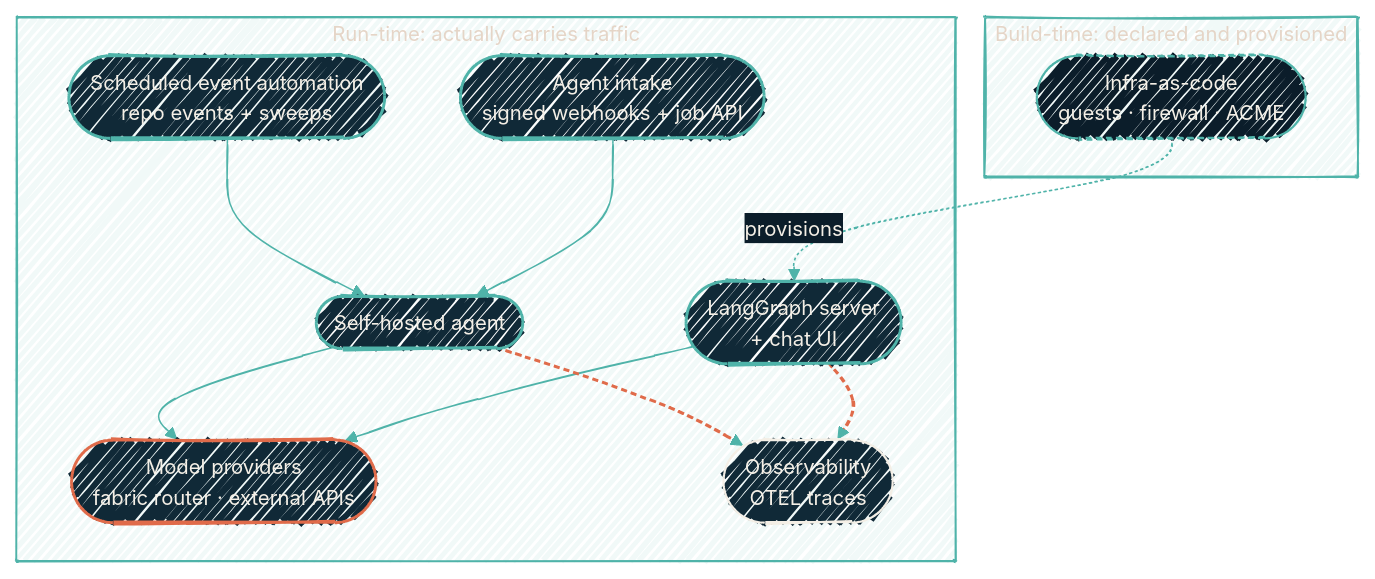
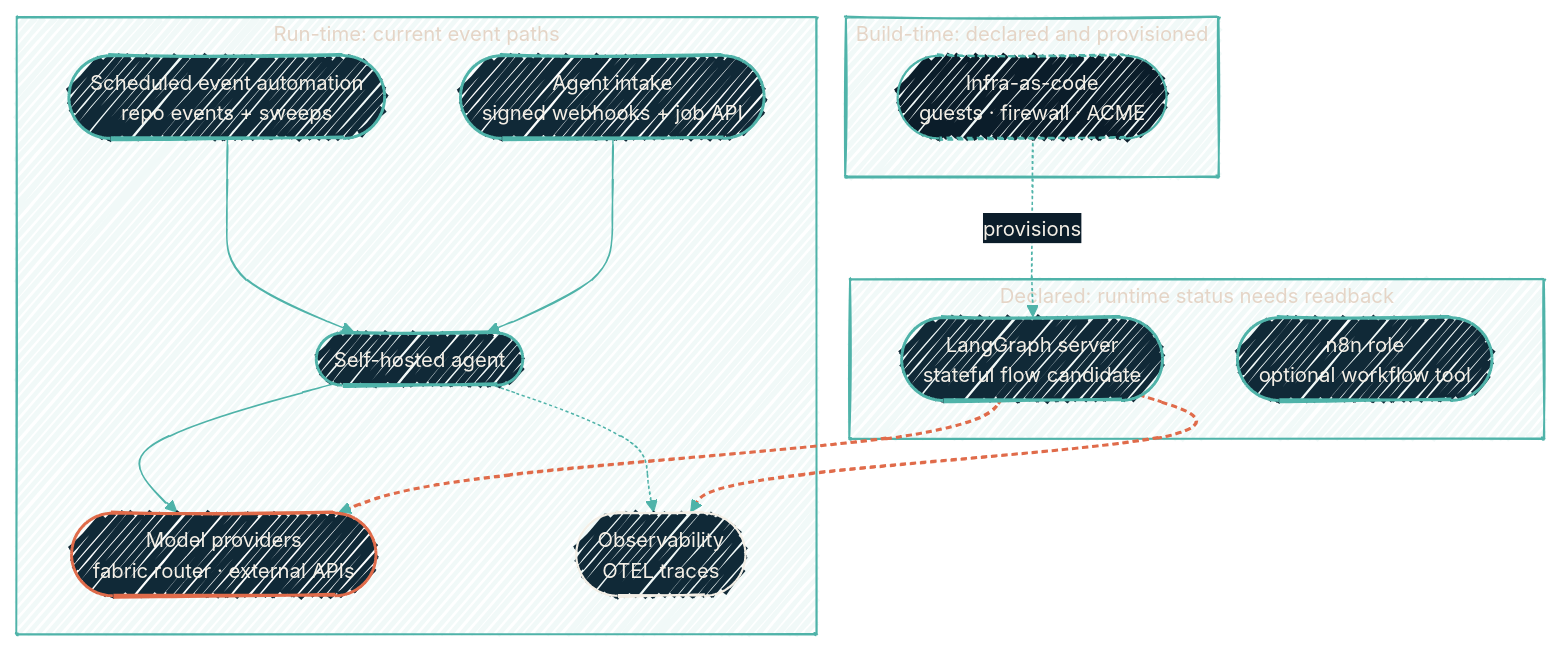
Before and after one commit to dryvist/docs: the diagram in ai-development/ai-orchestration-stack.mdx, drawn with Mermaid. The commit also changed other lines of this file and 100 other files, not shown here.

````diff
--- a/ai-development/ai-orchestration-stack.mdx
+++ b/ai-development/ai-orchestration-stack.mdx
@@ -39,37 +40,41 @@
 ```mermaid
 %%{init:
   {'theme':'base','look':'handDrawn','themeVariables':{'fontFamily':'Geist','fontSize':'14px','primaryColor':'#102937','primaryTextColor':'#F4EFE6','primaryBorderColor':'#4FB3A9','lineColor':'#4FB3A9','secondaryColor':'#0B1D2A','tertiaryColor':'#1A2A38','clusterBkg':'rgba(79,179,169,0.08)','clusterBorder':'#4FB3A9'}}}%%
   flowchart TB
   subgraph buildtime [Build-time: declared and provisioned]
   IAC([Infra-as-code<br/>guests · firewall · ACME])
   end
-  subgraph runtime [Run-time: actually carries traffic]
+  subgraph runtime [Run-time: current event paths]
   EVT([Scheduled event automation<br/>repo events + sweeps])
   INTAKE([Agent intake<br/>signed webhooks + job API])
   AGENT([Self-hosted agent])
-  LG([LangGraph server<br/>+ chat UI])
   MODELS([Model providers<br/>fabric router · external APIs])
   OBS([Observability<br/>OTEL traces])
+  end
+
+  subgraph declared [Declared: runtime status needs readback]
+  LG([LangGraph server<br/>stateful flow candidate])
+  N8N([n8n role<br/>optional workflow tool])
   end
 
   IAC -.provisions.-> LG
 
   EVT --> AGENT
   INTAKE --> AGENT
   AGENT --> MODELS
-  LG --> MODELS
   AGENT -.-> OBS
+  LG -.-> MODELS
   LG -.-> OBS
 
   classDef svc fill:#102937,stroke:#4FB3A9,stroke-width:2px,color:#F4EFE6;
   classDef core fill:#102937,stroke:#E06B4A,stroke-width:2px,color:#F4EFE6;
   classDef obs fill:#102937,stroke:#F4EFE6,stroke-width:1.5px,color:#F4EFE6;
   classDef build fill:#0B1D2A,stroke:#4FB3A9,stroke-width:1.5px,color:#F4EFE6,stroke-dasharray: 4 3;
 
-  class EVT,INTAKE,AGENT,LG svc
+  class EVT,INTAKE,AGENT,LG,N8N svc
   class MODELS core
   class OBS obs
   class IAC build
 
   linkStyle 5,6 stroke:#E06B4A,stroke-width:2px,stroke-dasharray:4 3;
 ```
````
